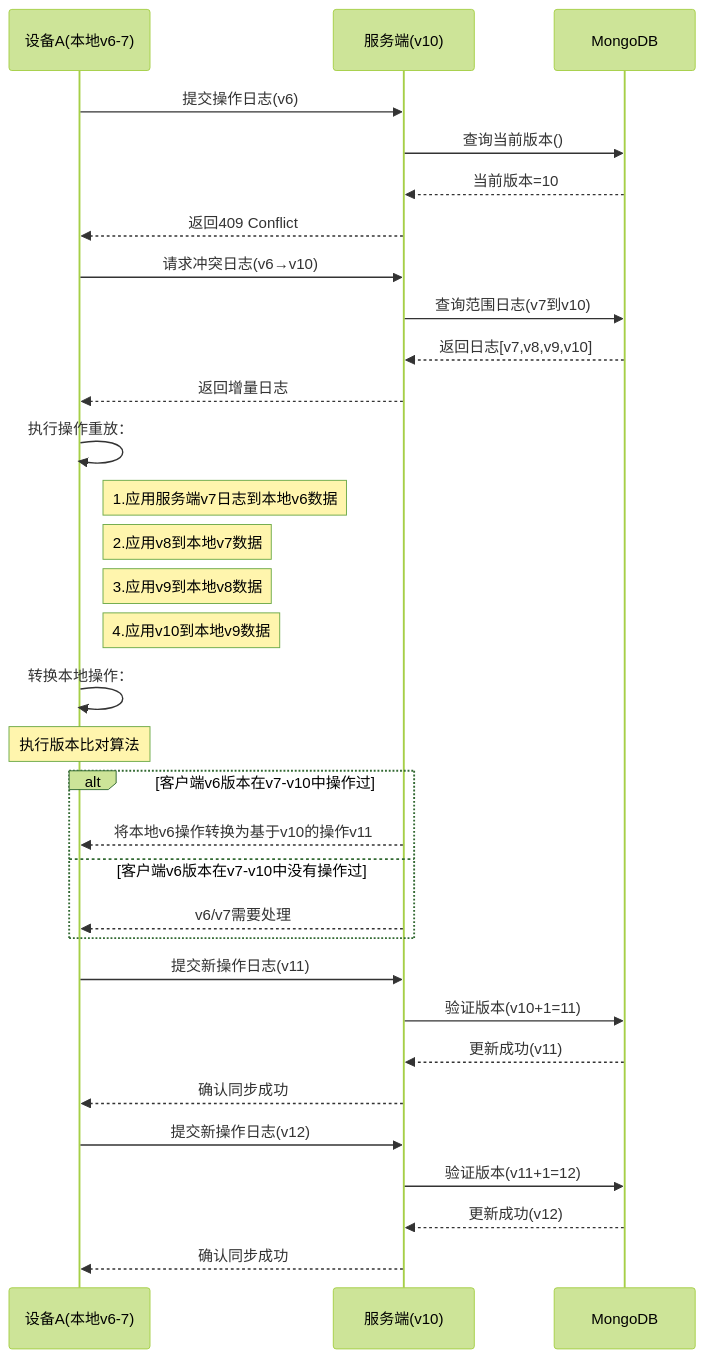
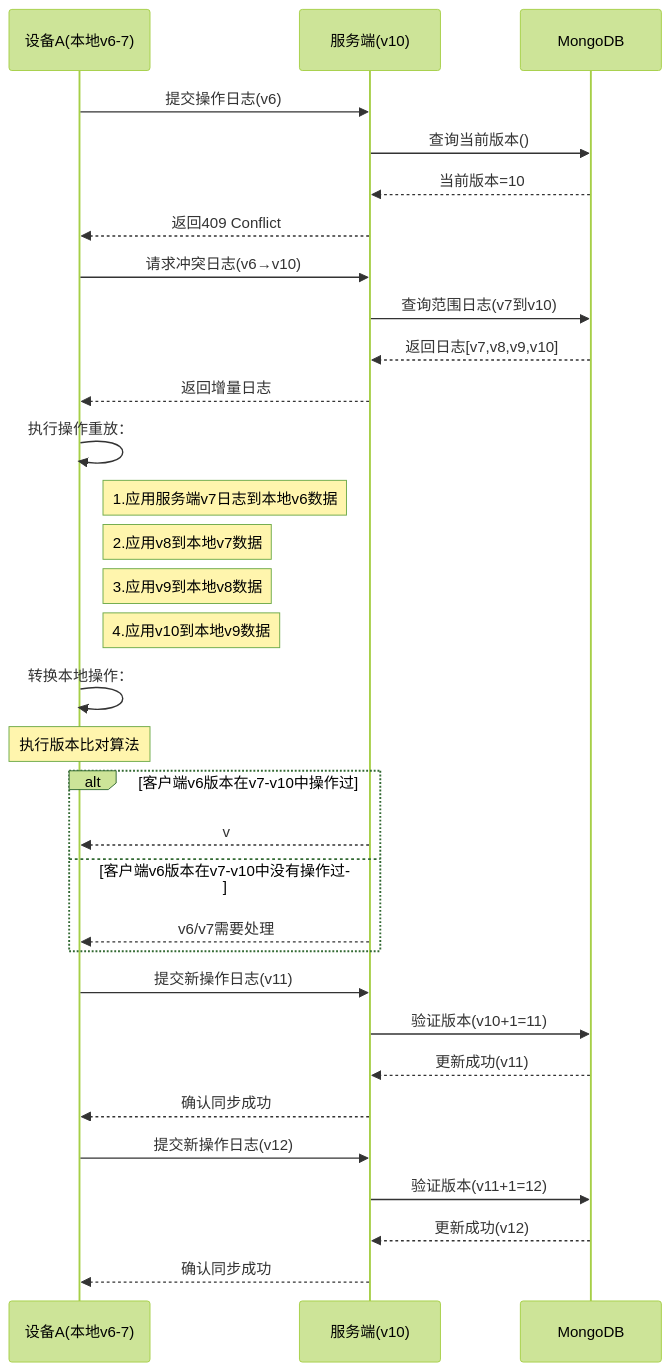
Before and after one commit to yingjianzh/iodraw-files: the diagram in all/未命名-26.md, drawn with Mermaid (forest theme).

Commit message:
2025-02-26 16:53:38 update

````diff
--- a/all/未命名-26.md
+++ b/all/未命名-26.md
@@ -1,46 +1,46 @@
 ```mermaid
 sequenceDiagram
     participant A as 设备A(本地v6-7)
     participant S as 服务端(v10)
     participant DB as MongoDB
 
     %% 初始同步尝试
     A->>S: 提交操作日志(v6)
     S->>DB: 查询当前版本()
     DB-->>S: 当前版本=10
     S-->>A: 返回409 Conflict
 
     %% 冲突解决阶段
     A->>S: 请求冲突日志(v6→v10)
     S->>DB: 查询范围日志(v7到v10)
     DB-->>S: 返回日志[v7,v8,v9,v10]
     S-->>A: 返回增量日志
 
 
     %% 本地数据重建
     A->>A: 执行操作重放：
     note right of A: 1.应用服务端v7日志到本地v6数据
     note right of A: 2.应用v8到本地v7数据
     note right of A: 3.应用v9到本地v8数据
     note right of A: 4.应用v10到本地v9数据
 
     %% 本地操作转换
     A->>A: 转换本地操作：
     Note over A: 执行版本比对算法
     alt 客户端v6版本在v7-v10中操作过
-        S-->>A: 将本地v6操作转换为基于v10的操作v11
+        S-->>A: v
     else 客户端v6版本在v7-v10中没有操作过
         S-->>A: v6/v7需要处理
     end
 
     %% 重新提交
     A->>S: 提交新操作日志(v11)
     S->>DB: 验证版本(v10+1=11)
     DB-->>S: 更新成功(v11)
     S-->>A: 确认同步成功
 
     A->>S: 提交新操作日志(v12)
     S->>DB: 验证版本(v11+1=12)
     DB-->>S: 更新成功(v12)
     S-->>A: 确认同步成功
 ```
````
